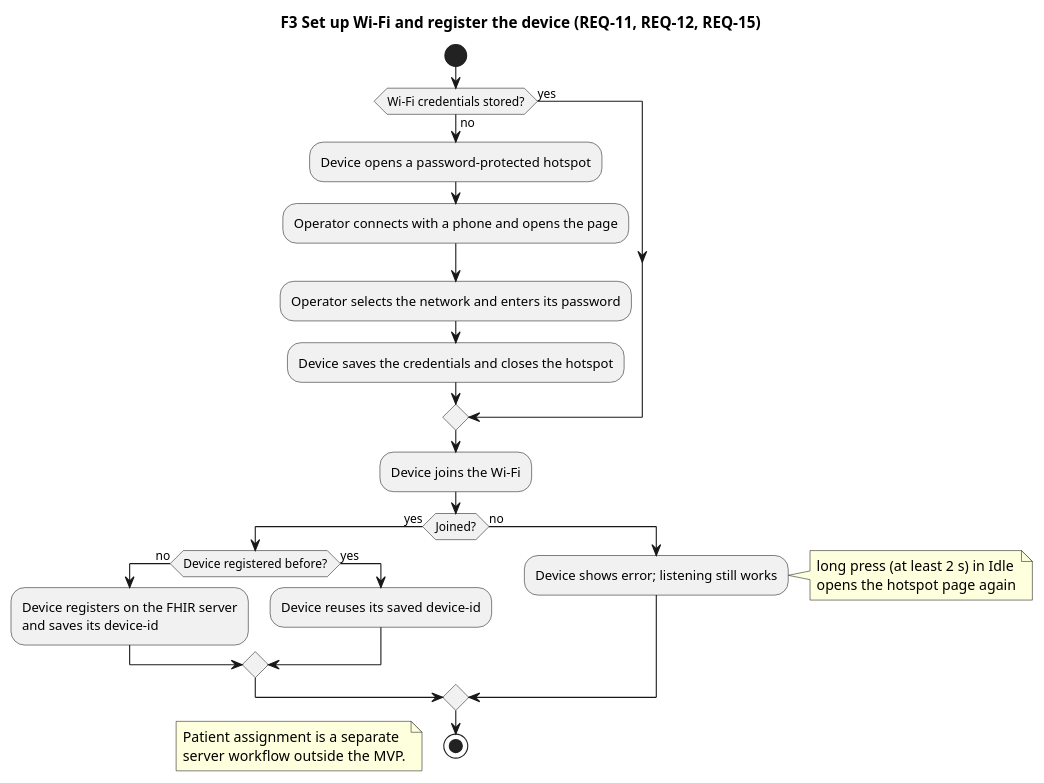
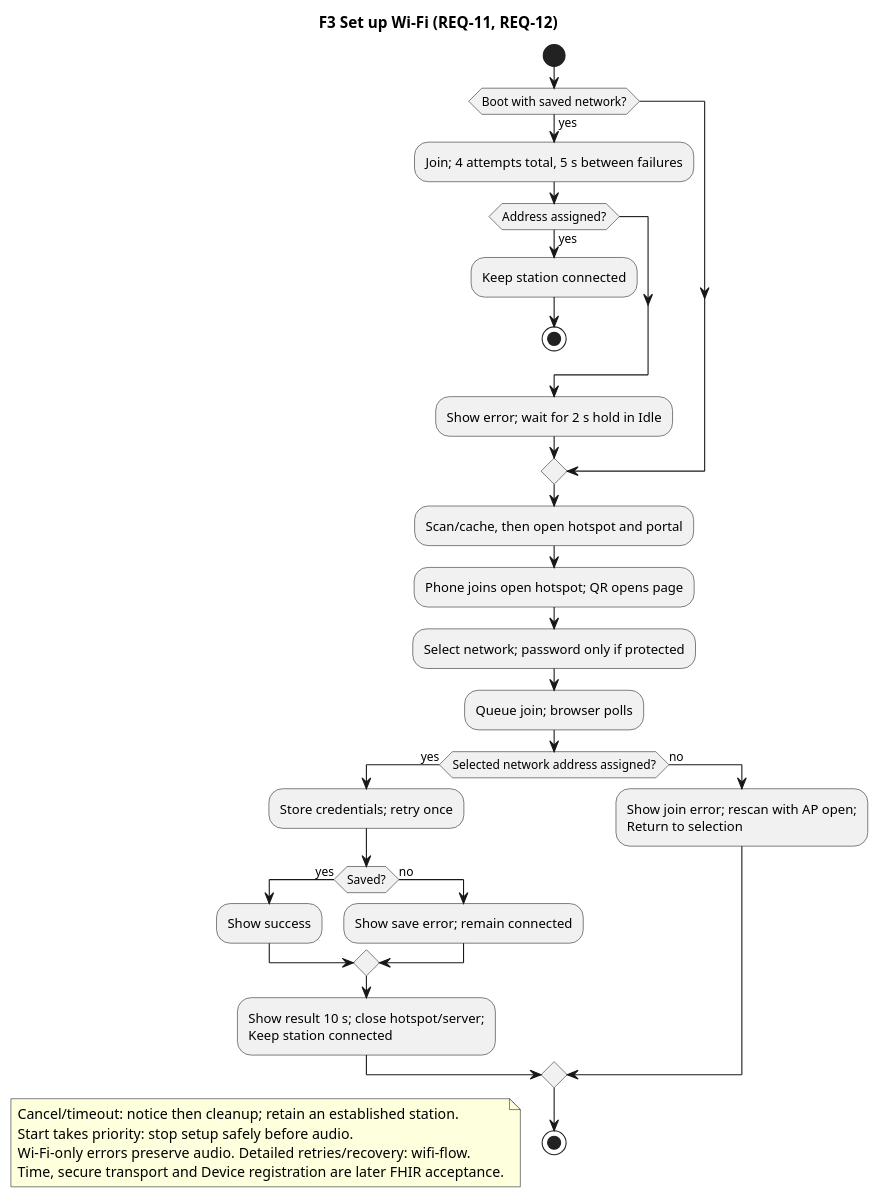
The diagram in Development/system/requirements/use-cases/uc-03-assign-patient.puml (DemonicPsychoII/DigitalStethoscope), drawn with PlantUML before and after one commit. The commit also changed 39 other files, not shown here.

```diff
--- a/Development/system/requirements/use-cases/uc-03-assign-patient.puml
+++ b/Development/system/requirements/use-cases/uc-03-assign-patient.puml
@@ -1,29 +1,36 @@
 @startuml uc_03_assign_patient
 skinparam shadowing false
 skinparam defaultFontName SansSerif
-title F3 Set up Wi-Fi and register the device (REQ-11, REQ-12, REQ-15)
+title F3 Set up Wi-Fi (REQ-11, REQ-12)
 start
-if (Wi-Fi credentials stored?) then (no)
- :Device opens a password-protected hotspot;
- :Operator connects with a phone and opens the page;
- :Operator selects the network and enters its password;
- :Device saves the credentials and closes the hotspot;
-else (yes)
+if (Boot with saved network?) then (yes)
+ :Join; 4 attempts total, 5 s between failures;
+ if (Address assigned?) then (yes)
+  :Keep station connected;
+  stop
+ endif
+ :Show error; wait for 2 s hold in Idle;
 endif
-:Device joins the Wi-Fi;
-if (Joined?) then (yes)
- if (Device registered before?) then (no)
-  :Device registers on the FHIR server\nand saves its device-id;
- else (yes)
-  :Device reuses its saved device-id;
+:Scan/cache, then open hotspot and portal;
+:Phone joins open hotspot; QR opens page;
+:Select network; password only if protected;
+:Queue join; browser polls;
+if (Selected network address assigned?) then (yes)
+ :Store credentials; retry once;
+ if (Saved?) then (yes)
+  :Show success;
+ else (no)
+  :Show save error; remain connected;
  endif
+ :Show result 10 s; close hotspot/server;\nKeep station connected;
 else (no)
- :Device shows error; listening still works;
- note right: long press (at least 2 s) in Idle\nopens the hotspot page again
+ :Show join error; rescan with AP open;\nReturn to selection;
 endif
 stop
 floating note
- Patient assignment is a separate
- server workflow outside the MVP.
+ Cancel/timeout: notice then cleanup; retain an established station.
+ Start takes priority: stop setup safely before audio.
+ Wi-Fi-only errors preserve audio. Detailed retries/recovery: wifi-flow.
+ Time, secure transport and Device registration are later FHIR acceptance.
 end note
 @enduml
```
